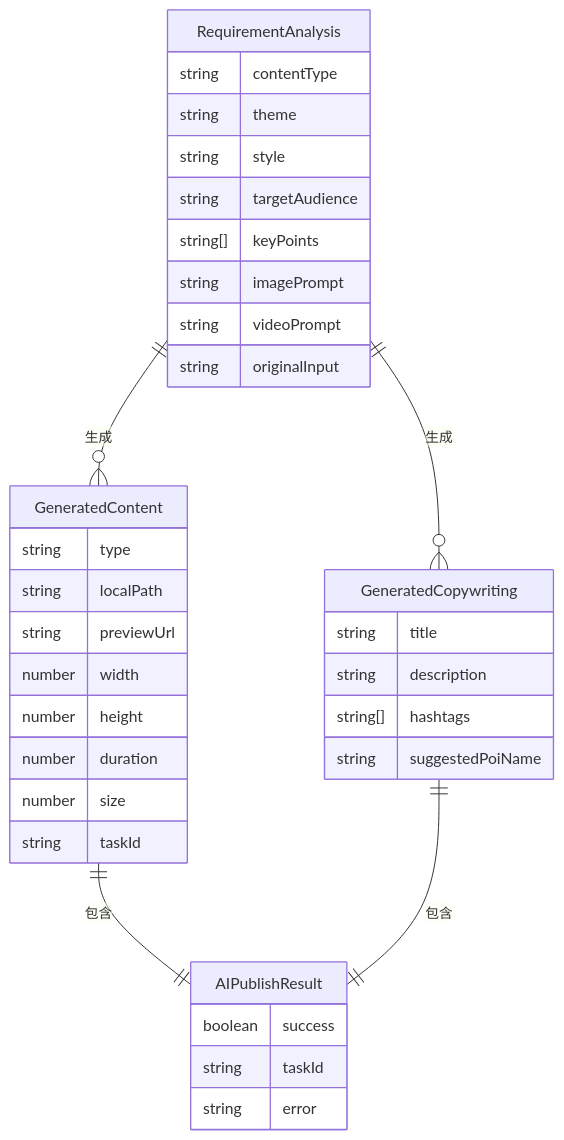
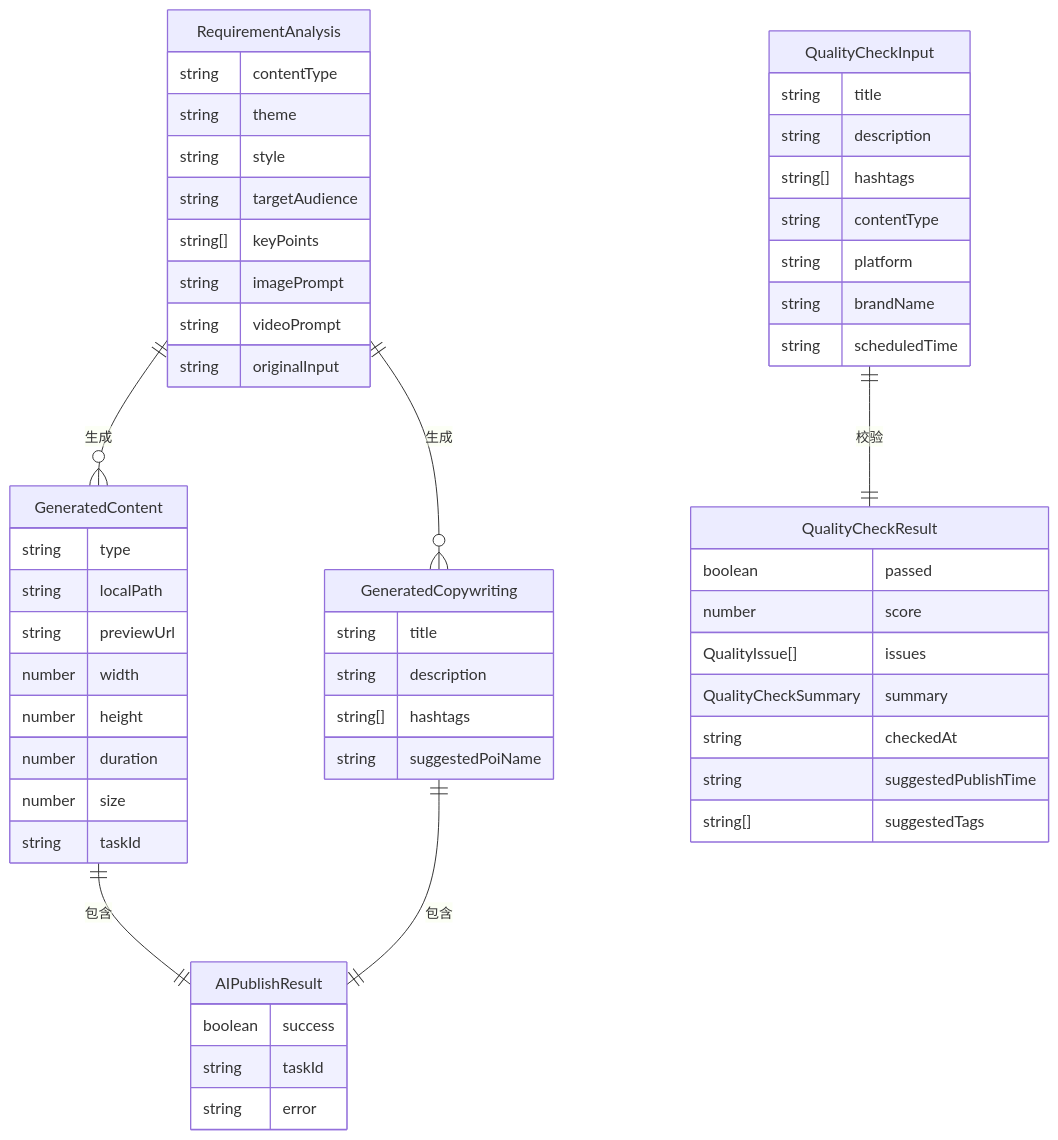
Diagram 15 of 17 in .qoder/repowiki/zh/content/核心模块详解/Web界面系统/AI创作页面.md (songdiyang/clawOperations), drawn with Mermaid before and after one commit. The commit also changed other lines of this file and 6 other files, not shown here.

Commit message:
feat: add regenerate copywriting button when quality check fails

````diff
--- a/.qoder/repowiki/zh/content/核心模块详解/Web界面系统/AI创作页面.md
+++ b/.qoder/repowiki/zh/content/核心模块详解/Web界面系统/AI创作页面.md
@@ -643,38 +746,57 @@
 ```mermaid
 erDiagram
 RequirementAnalysis {
 string contentType
 string theme
 string style
 string targetAudience
 string[] keyPoints
 string imagePrompt
 string videoPrompt
 string originalInput
 }
 GeneratedContent {
 string type
 string localPath
 string previewUrl
 number width
 number height
 number duration
 number size
 string taskId
 }
 GeneratedCopywriting {
 string title
 string description
 string[] hashtags
 string suggestedPoiName
 }
 AIPublishResult {
 boolean success
 string taskId
 string error
 }
+QualityCheckInput {
+string title
+string description
+string[] hashtags
+string contentType
+string platform
+string brandName
+string scheduledTime
+}
+QualityCheckResult {
+boolean passed
+number score
+QualityIssue[] issues
+QualityCheckSummary summary
+string checkedAt
+string suggestedPublishTime
+string[] suggestedTags
+}
 RequirementAnalysis ||--o{ GeneratedContent : "生成"
 RequirementAnalysis ||--o{ GeneratedCopywriting : "生成"
 GeneratedContent ||--|| AIPublishResult : "包含"
 GeneratedCopywriting ||--|| AIPublishResult : "包含"
+QualityCheckInput ||--|| QualityCheckResult : "校验"
 ```
````
